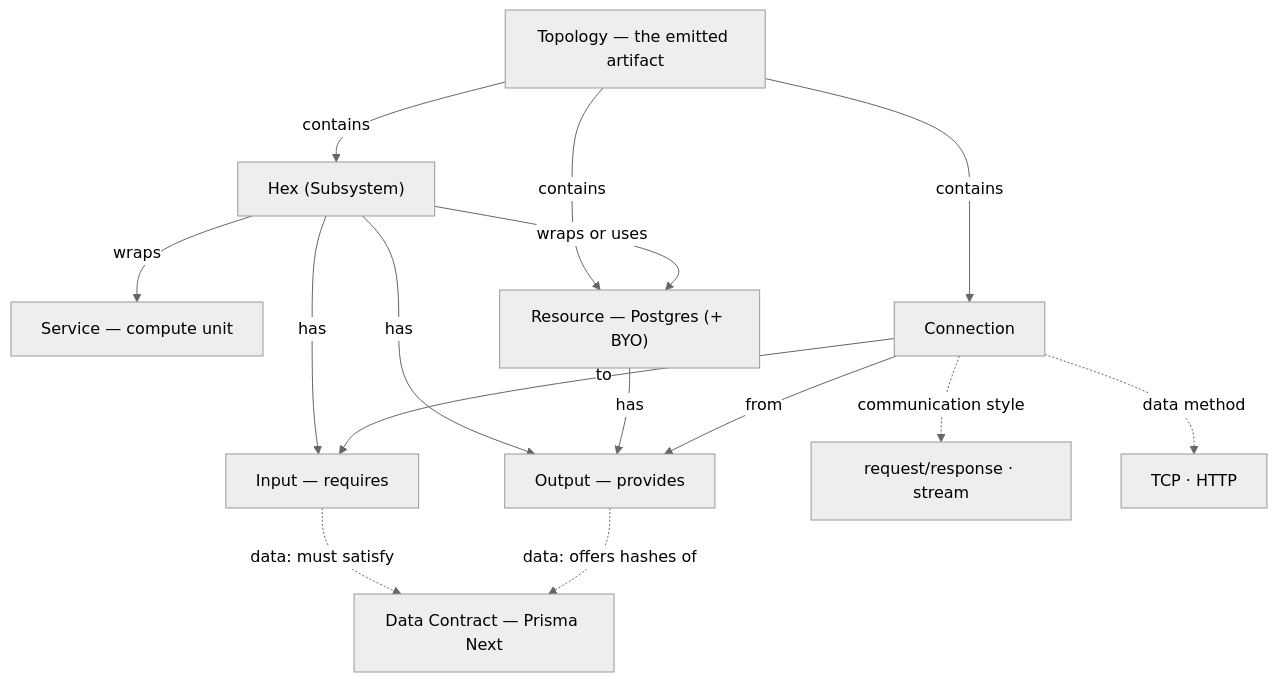
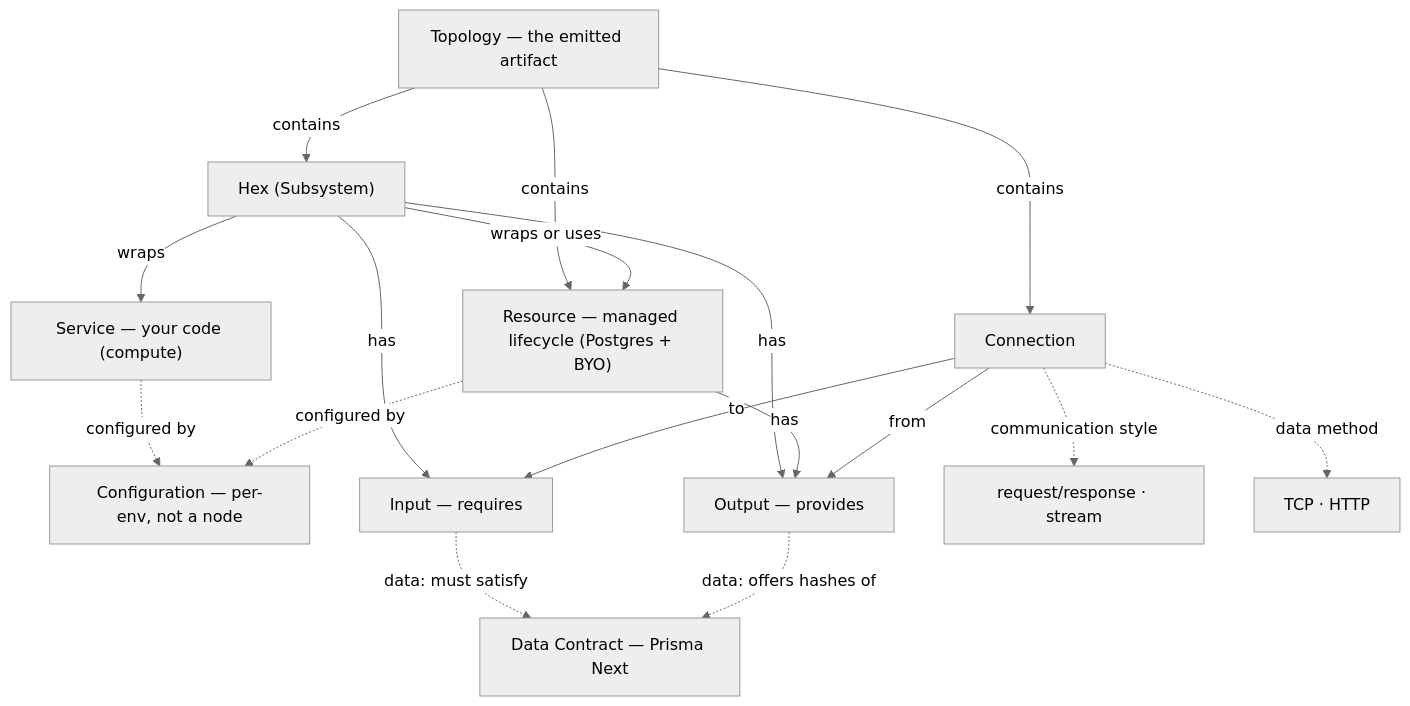
One commit to prisma/app changed the diagram in docs/design/03-domain-model/domain-map.md. Above: the diagram before and after it, drawn with Mermaid (neutral theme). The commit also changed other lines of this file and 4 other files, not shown here.

First line of the commit message:
docs: model Service/Resource/Configuration taxonomy; enrich README diagram

````diff
--- a/docs/design/03-domain-model/domain-map.md
+++ b/docs/design/03-domain-model/domain-map.md
@@ -13,29 +13,33 @@
 ```mermaid
 flowchart TB
   Topology["Topology — the emitted artifact"]
   Hex["Hex (Subsystem)"]
-  Service["Service — compute unit"]
-  Resource["Resource — Postgres (+ BYO)"]
+  Service["Service — your code (compute)"]
+  Resource["Resource — managed lifecycle (Postgres + BYO)"]
+  Config["Configuration — per-env, not a node"]
   Input["Input — requires"]
   Output["Output — provides"]
   Conn["Connection"]
   DC["Data Contract — Prisma Next"]
 
   Topology -->|contains| Hex
   Topology -->|contains| Resource
   Topology -->|contains| Conn
 
   Hex -->|wraps| Service
   Hex -->|wraps or uses| Resource
   Hex -->|has| Input
   Hex -->|has| Output
   Resource -->|has| Output
 
   Conn -->|from| Output
   Conn -->|to| Input
 
   Conn -.->|communication style| CS["request/response · stream"]
   Conn -.->|data method| DM["TCP · HTTP"]
   Input -.->|data: must satisfy| DC
   Output -.->|data: offers hashes of| DC
+
+  Service -.->|configured by| Config
+  Resource -.->|configured by| Config
 ```
````
